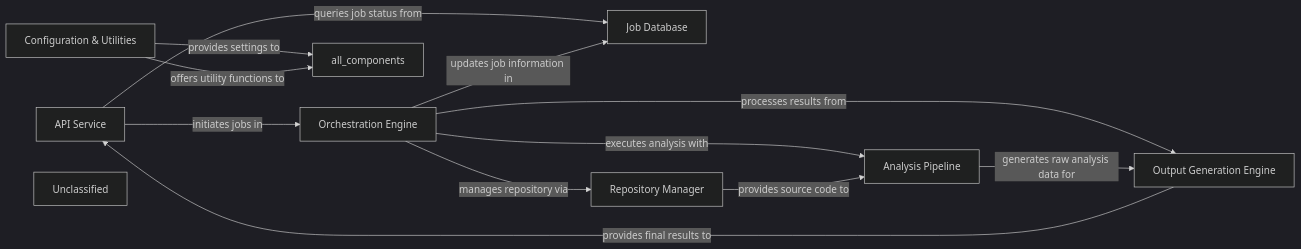
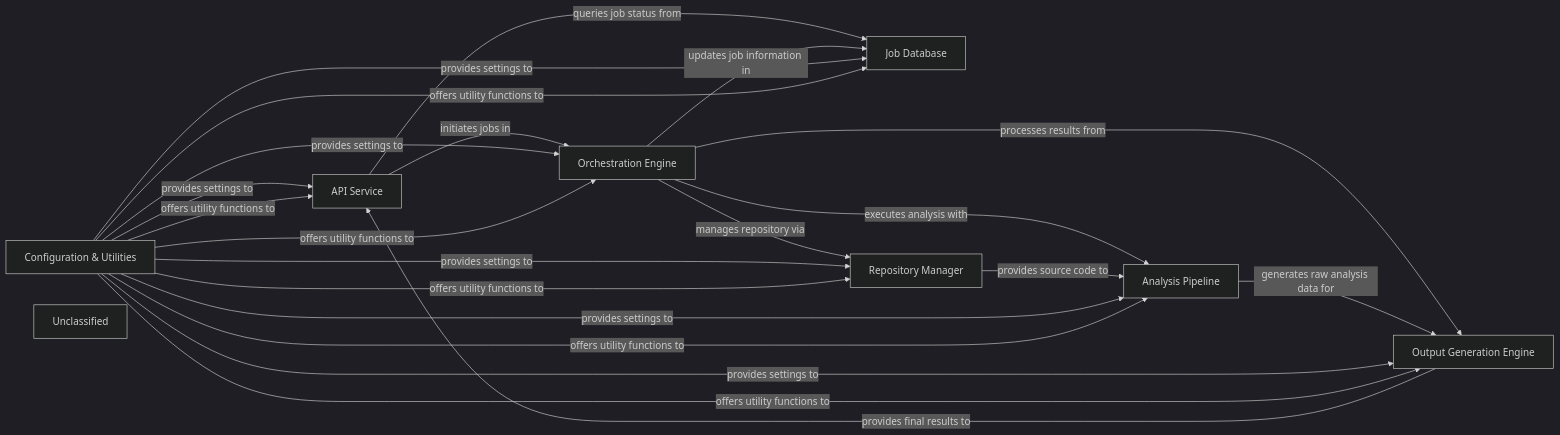
Before and after one commit to mariyam866/CodeBoarding: the diagram in .codeboarding/API_Service.md, drawn with Mermaid (dark theme). The commit also changed other lines of this file and 15 other files, not shown here.

First line of the commit message:
docs: update codeboarding documentation and generate architecture

````diff
--- a/.codeboarding/API_Service.md
+++ b/.codeboarding/API_Service.md
@@ -1,26 +1,36 @@
 ```mermaid
 graph LR
     API_Service["API Service"]
     Job_Database["Job Database"]
     Orchestration_Engine["Orchestration Engine"]
     Repository_Manager["Repository Manager"]
     Analysis_Pipeline["Analysis Pipeline"]
     Output_Generation_Engine["Output Generation Engine"]
     Configuration_Utilities["Configuration & Utilities"]
     Unclassified["Unclassified"]
     API_Service -- "initiates jobs in" --> Orchestration_Engine
     API_Service -- "queries job status from" --> Job_Database
     Orchestration_Engine -- "updates job information in" --> Job_Database
     Orchestration_Engine -- "manages repository via" --> Repository_Manager
     Orchestration_Engine -- "executes analysis with" --> Analysis_Pipeline
     Orchestration_Engine -- "processes results from" --> Output_Generation_Engine
     Repository_Manager -- "provides source code to" --> Analysis_Pipeline
     Analysis_Pipeline -- "generates raw analysis data for" --> Output_Generation_Engine
     Output_Generation_Engine -- "provides final results to" --> API_Service
-    Configuration_Utilities -- "provides settings to" --> all_components
-    Configuration_Utilities -- "offers utility functions to" --> all_components
+    Configuration_Utilities -- "provides settings to" --> API_Service
+    Configuration_Utilities -- "provides settings to" --> Job_Database
+    Configuration_Utilities -- "provides settings to" --> Orchestration_Engine
+    Configuration_Utilities -- "provides settings to" --> Repository_Manager
+    Configuration_Utilities -- "provides settings to" --> Analysis_Pipeline
+    Configuration_Utilities -- "provides settings to" --> Output_Generation_Engine
+    Configuration_Utilities -- "offers utility functions to" --> API_Service
+    Configuration_Utilities -- "offers utility functions to" --> Job_Database
+    Configuration_Utilities -- "offers utility functions to" --> Orchestration_Engine
+    Configuration_Utilities -- "offers utility functions to" --> Repository_Manager
+    Configuration_Utilities -- "offers utility functions to" --> Analysis_Pipeline
+    Configuration_Utilities -- "offers utility functions to" --> Output_Generation_Engine
     click API_Service href "https://github.com/CodeBoarding/CodeBoarding/blob/main/.codeboarding/API_Service.md" "Details"
     click Orchestration_Engine href "https://github.com/CodeBoarding/CodeBoarding/blob/main/.codeboarding/Orchestration_Engine.md" "Details"
     click Repository_Manager href "https://github.com/CodeBoarding/CodeBoarding/blob/main/.codeboarding/Repository_Manager.md" "Details"
     click Output_Generation_Engine href "https://github.com/CodeBoarding/CodeBoarding/blob/main/.codeboarding/Output_Generation_Engine.md" "Details"
 ```
````
